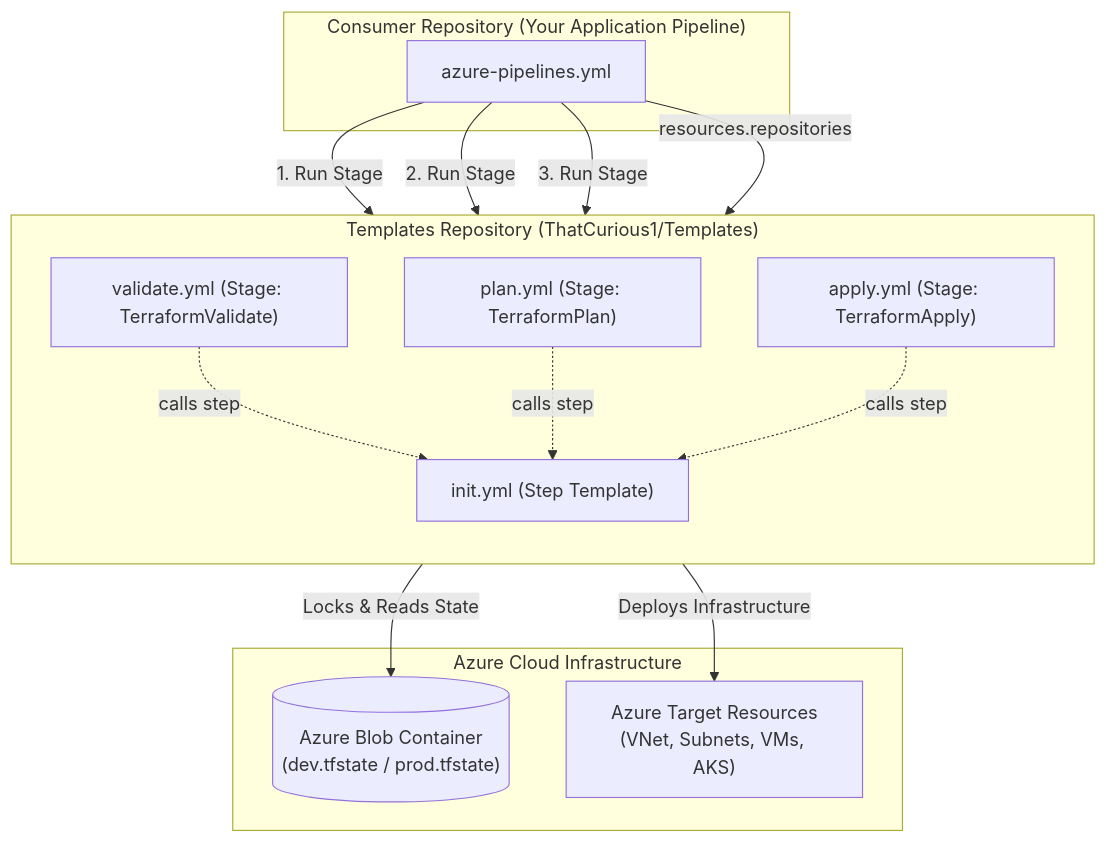
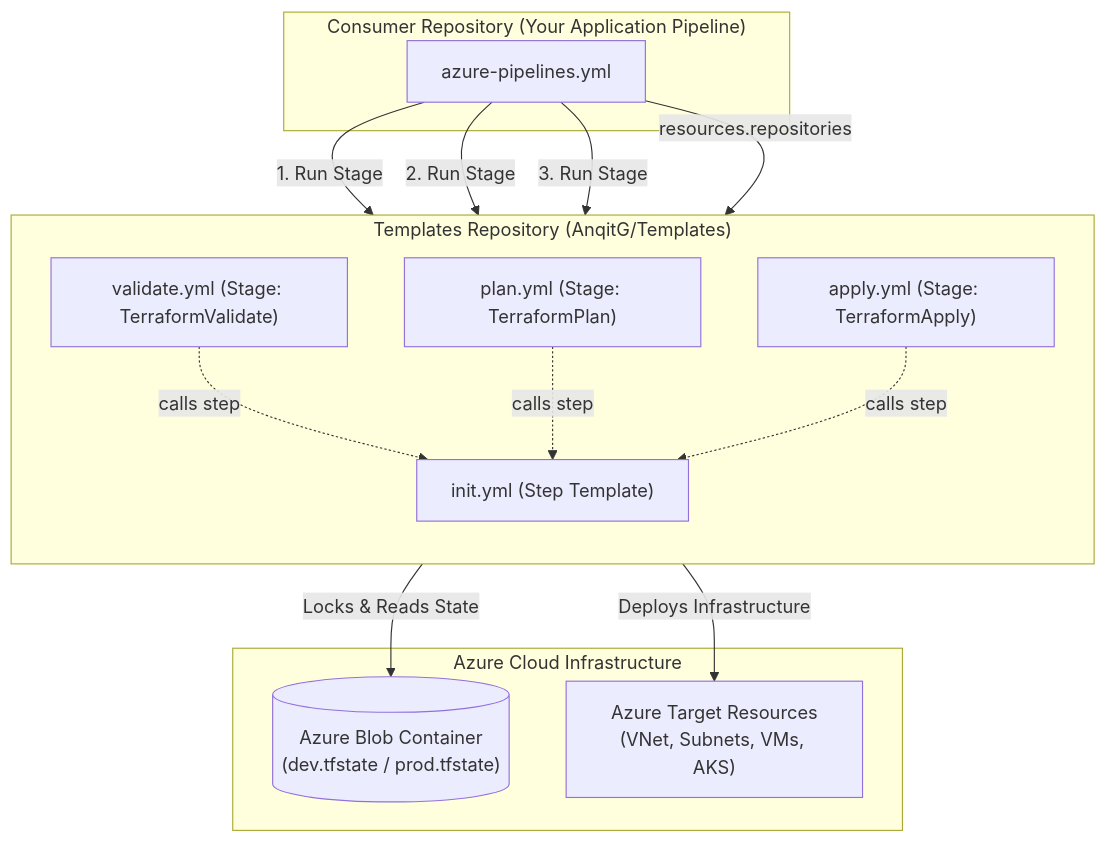
Before and after one commit to ThatCurious1/Templates: the diagram in README.md, drawn with Mermaid. The commit also changed other lines of this file and 4 other files, not shown here.

````diff
--- a/README.md
+++ b/README.md
@@ -52,31 +52,31 @@
 ```mermaid
 flowchart TD
     subgraph Root["Consumer Repository (Your Application Pipeline)"]
         ConsumerPipeline["azure-pipelines.yml"]
     end
 
-    subgraph TemplateRepo["Templates Repository (ThatCurious1/Templates)"]
+    subgraph TemplateRepo["Templates Repository (AnqitG/Templates)"]
         direction TB
         ValStage["validate.yml (Stage: TerraformValidate<env>)"]
         PlanStage["plan.yml (Stage: TerraformPlan<env>)"]
         ApplyStage["apply.yml (Stage: TerraformApply<env>)"]
         InitStep["init.yml (Step Template)"]
     end
 
     subgraph AzureCloud["Azure Cloud Infrastructure"]
         StateStore[("Azure Blob Container\n(dev.tfstate / prod.tfstate)")]
         TargetInfra["Azure Target Resources\n(VNet, Subnets, VMs, AKS)"]
     end
 
     ConsumerPipeline -->|"resources.repositories"| TemplateRepo
     ConsumerPipeline -->|"1. Run Stage"| ValStage
     ConsumerPipeline -->|"2. Run Stage"| PlanStage
     ConsumerPipeline -->|"3. Run Stage"| ApplyStage
 
     ValStage -.->|"calls step"| InitStep
     PlanStage -.->|"calls step"| InitStep
     ApplyStage -.->|"calls step"| InitStep
 
     InitStep -->|"Locks & Reads State"| StateStore
     ApplyStage -->|"Deploys Infrastructure"| TargetInfra
 ```
````
